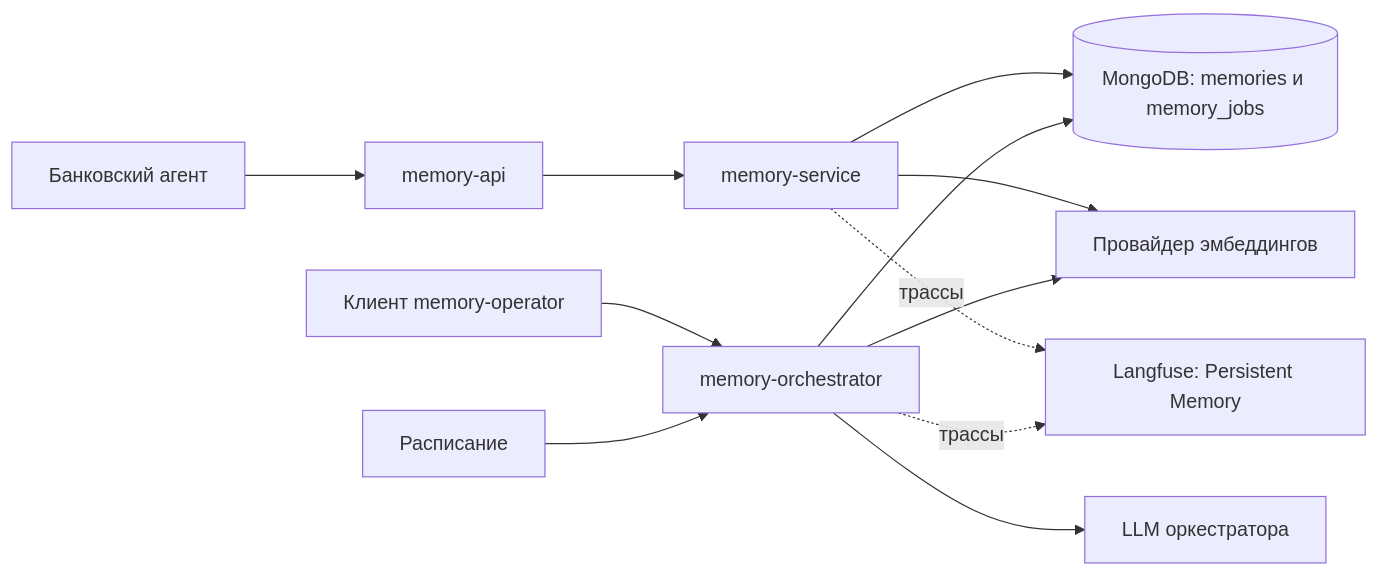
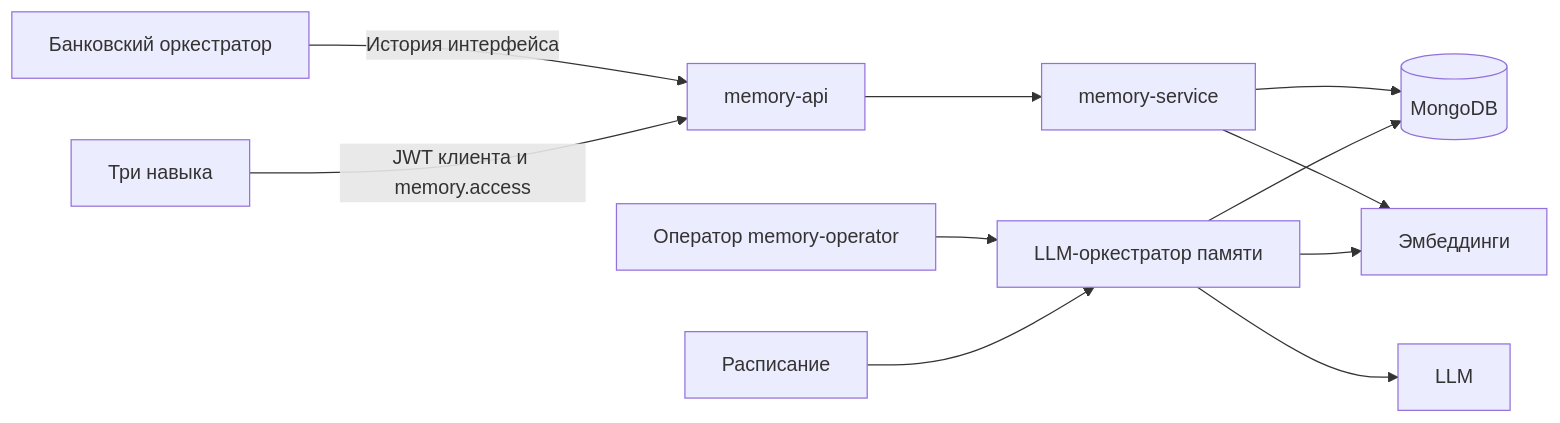
The diagram in docs/MEMORY_SYSTEM.md (LLAMATOR-Core/agentic-banking-lab), drawn with Mermaid before and after one commit. The commit also changed other lines of this file and 64 other files, not shown here.

````diff
--- a/docs/MEMORY_SYSTEM.md
+++ b/docs/MEMORY_SYSTEM.md
@@ -23,14 +22,13 @@
 ```mermaid
 flowchart LR
-  B[Банковский агент] --> G[memory-api]
-  G --> S[memory-service]
-  S --> D[(MongoDB: memories и memory_jobs)]
-  O[Клиент memory-operator] --> R[memory-orchestrator]
-  R --> D
-  C[Расписание] --> R
-  S --> E[Провайдер эмбеддингов]
-  R --> E
-  R --> L[LLM оркестратора]
-  S -. трассы .-> F[Langfuse: Persistent Memory]
-  R -. трассы .-> F
+  B[Банковский оркестратор] -->|История интерфейса| G[memory-api]
+  S[Три навыка] -->|JWT клиента и memory.access| G
+  G --> API[memory-service]
+  API --> DB[(MongoDB)]
+  OP[Оператор memory-operator] --> O[LLM-оркестратор памяти]
+  TIMER[Расписание] --> O
+  O --> DB
+  API --> E[Эмбеддинги]
+  O --> E
+  O --> L[LLM]
 ```
````
